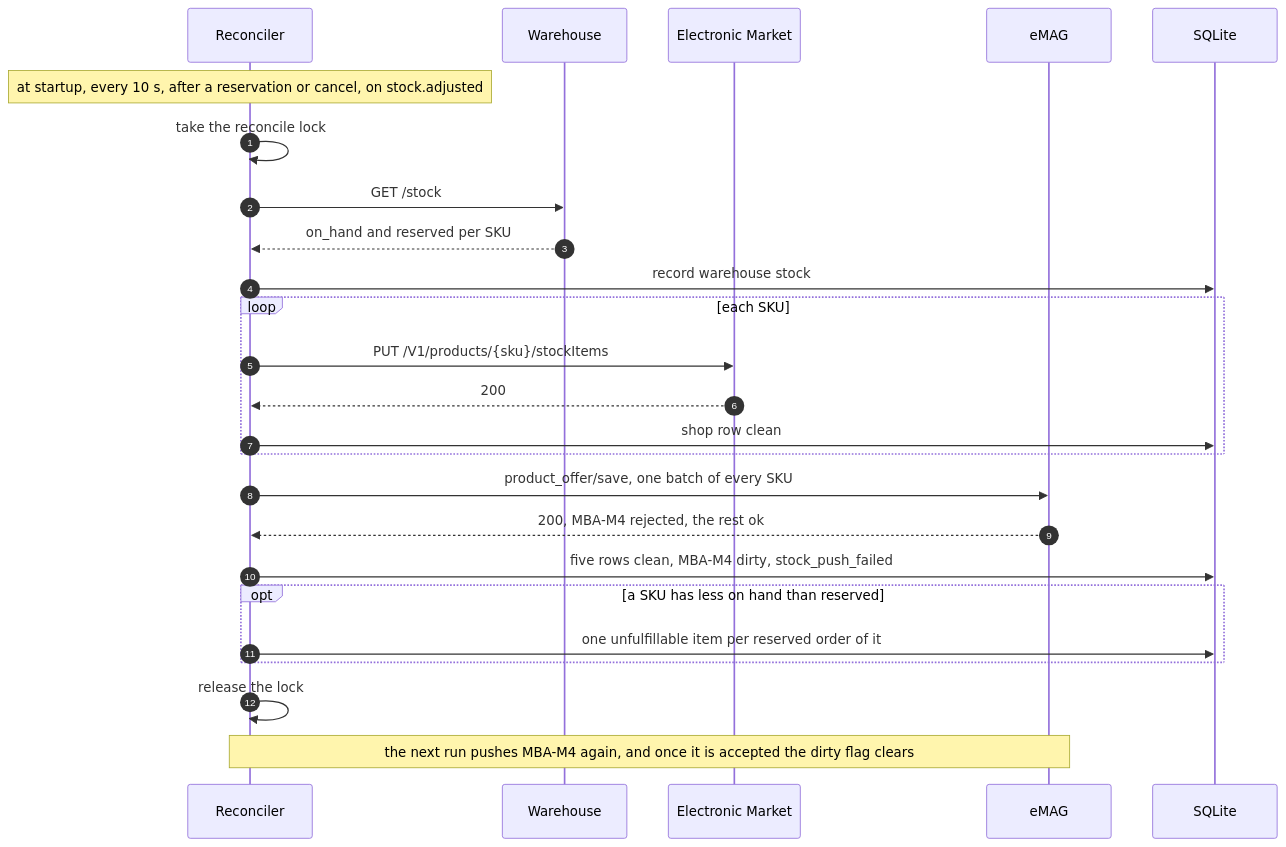
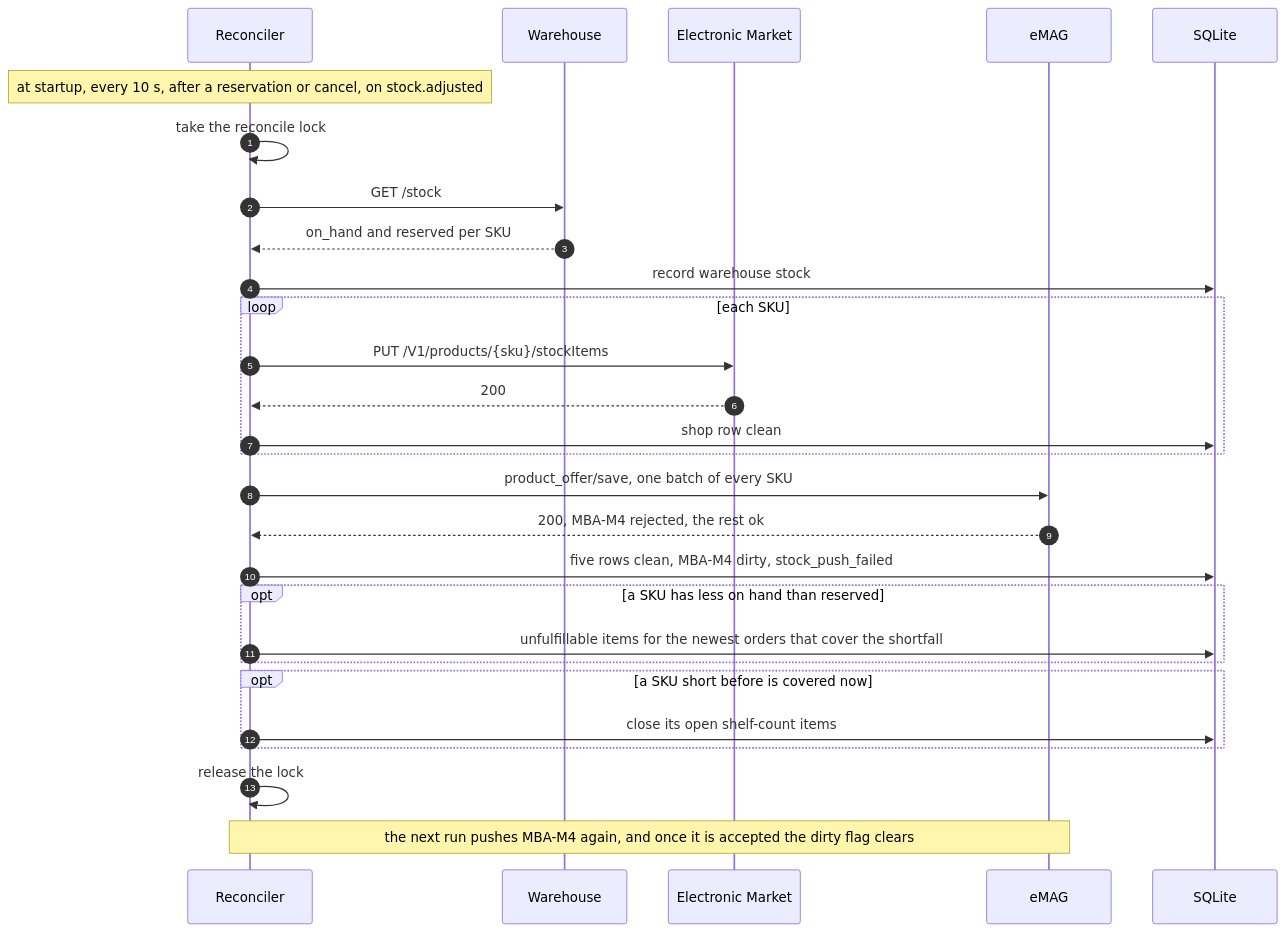
One commit to PantelimonGulie/adb-glue-service changed the fourth of 8 diagrams in docs/architecture.md. Above: the diagram before and after it, drawn with Mermaid. The commit also changed other lines of this file and 3 other files, not shown here.

````diff
--- a/docs/architecture.md
+++ b/docs/architecture.md
@@ -193,28 +195,31 @@
 ```mermaid
 sequenceDiagram
     autonumber
     participant R as Reconciler
     participant WH as Warehouse
     participant S as Electronic Market
     participant E as eMAG
     participant DB as SQLite
 
     Note over R: at startup, every 10 s, after a reservation or cancel, on stock.adjusted
     R->>R: take the reconcile lock
     R->>WH: GET /stock
     WH-->>R: on_hand and reserved per SKU
     R->>DB: record warehouse stock
     loop each SKU
         R->>S: PUT /V1/products/{sku}/stockItems
         S-->>R: 200
         R->>DB: shop row clean
     end
     R->>E: product_offer/save, one batch of every SKU
     E-->>R: 200, MBA-M4 rejected, the rest ok
     R->>DB: five rows clean, MBA-M4 dirty, stock_push_failed
     opt a SKU has less on hand than reserved
-        R->>DB: one unfulfillable item per reserved order of it
+        R->>DB: unfulfillable items for the newest orders that cover the shortfall
+    end
+    opt a SKU short before is covered now
+        R->>DB: close its open shelf-count items
     end
     R->>R: release the lock
     Note over R,E: the next run pushes MBA-M4 again, and once it is accepted the dirty flag clears
 ```
````
